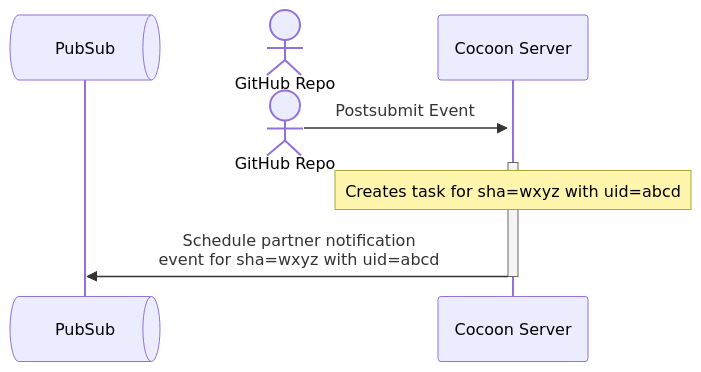
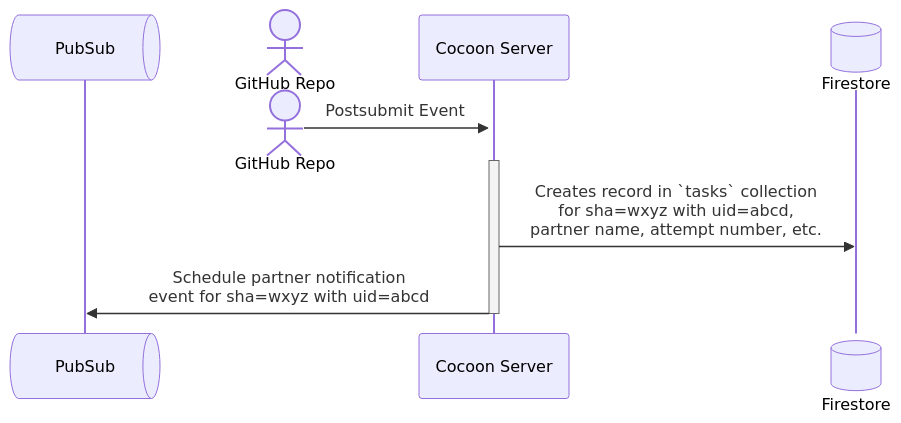
One commit to flutter/rfc changed the second of 9 diagrams in rfc/610.0000-flutter-pluggable-ci.md. Above: the diagram before and after it, drawn with Mermaid. The commit also changed other lines of this file, not shown here.

Commit message:
added optional `in_progress` notification flow support.

````diff
--- a/rfc/610.0000-flutter-pluggable-ci.md
+++ b/rfc/610.0000-flutter-pluggable-ci.md
@@ -96,10 +102,11 @@
 ```mermaid
 sequenceDiagram
     participant PubSub@{"type":"queue"}
     actor GitHub as GitHub Repo
     participant Cocoon as Cocoon Server
+    participant Firestore@{"type":"database"}
     destroy GitHub
     GitHub->>+Cocoon: Postsubmit Event
-    Note over Cocoon: Creates  task for sha=wxyz with uid=abcd
+    Cocoon->>Firestore: Creates record in `tasks` collection<br/>for sha=wxyz with uid=abcd,<br/> partner name, attempt number, etc.
     Cocoon->>-PubSub: Schedule partner notification<br/>event for sha=wxyz with uid=abcd
 ```
````
